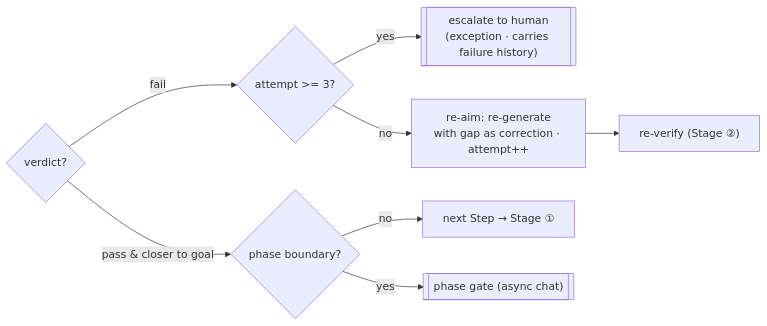
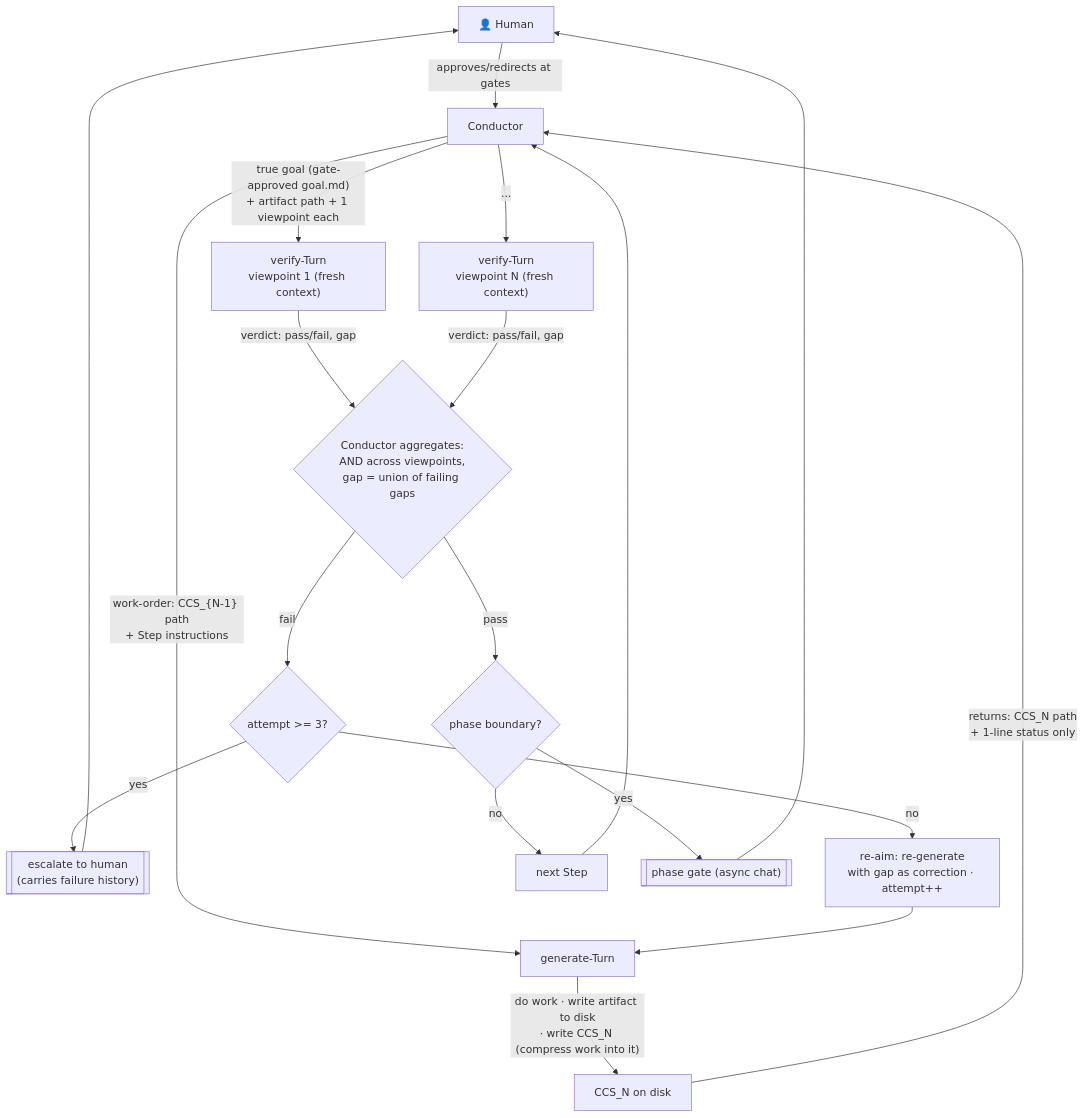
One commit to lovaizu/ccpm changed the second of 2 diagrams in aiya/docs/design.md. Above: the diagram before and after it, drawn with Mermaid. The commit also changed other lines of this file, not shown here.

First line of the commit message:
docs: redraw aiya §3.2/§3.3 and split verify-Turn per viewpoint

````diff
--- a/aiya/docs/design.md
+++ b/aiya/docs/design.md
@@ -188,10 +167,21 @@
 ```mermaid
-flowchart LR
-    J{"verdict?"} -->|"pass & closer to goal"| B{"phase boundary?"}
-    J -->|"fail"| CAP{"attempt >= 3?"}
-    CAP -->|"yes"| ESC[["escalate to human<br/>(exception · carries failure history)"]]
+flowchart TD
+    H["👤 Human"] -->|"approves/redirects at gates"| C["Conductor"]
+    C -->|"work-order: CCS_{N-1} path<br/>+ Step instructions"| G["generate-Turn"]
+    G -->|"do work · write artifact to disk<br/>· write CCS_N (compress work into it)"| O["CCS_N on disk"]
+    O -->|"returns: CCS_N path<br/>+ 1-line status only"| C
+    C -->|"true goal (gate-approved goal.md)<br/>+ artifact path + 1 viewpoint each"| V1["verify-Turn<br/>viewpoint 1 (fresh context)"]
+    C -->|"..."| VN["verify-Turn<br/>viewpoint N (fresh context)"]
+    V1 -->|"verdict: pass/fail, gap"| AGG{"Conductor aggregates:<br/>AND across viewpoints,<br/>gap = union of failing gaps"}
+    VN -->|"verdict: pass/fail, gap"| AGG
+    AGG -->|"fail"| CAP{"attempt >= 3?"}
+    CAP -->|"yes"| ESC[["escalate to human<br/>(carries failure history)"]]
     CAP -->|"no"| RA["re-aim: re-generate<br/>with gap as correction · attempt++"]
-    RA --> V2["re-verify (Stage ②)"]
-    B -->|"no"| NS["next Step → Stage ①"]
+    RA --> G
+    AGG -->|"pass"| B{"phase boundary?"}
+    B -->|"no"| NS["next Step"]
+    NS --> C
     B -->|"yes"| GATE[["phase gate (async chat)"]]
+    GATE --> H
+    ESC --> H
 ```
````
